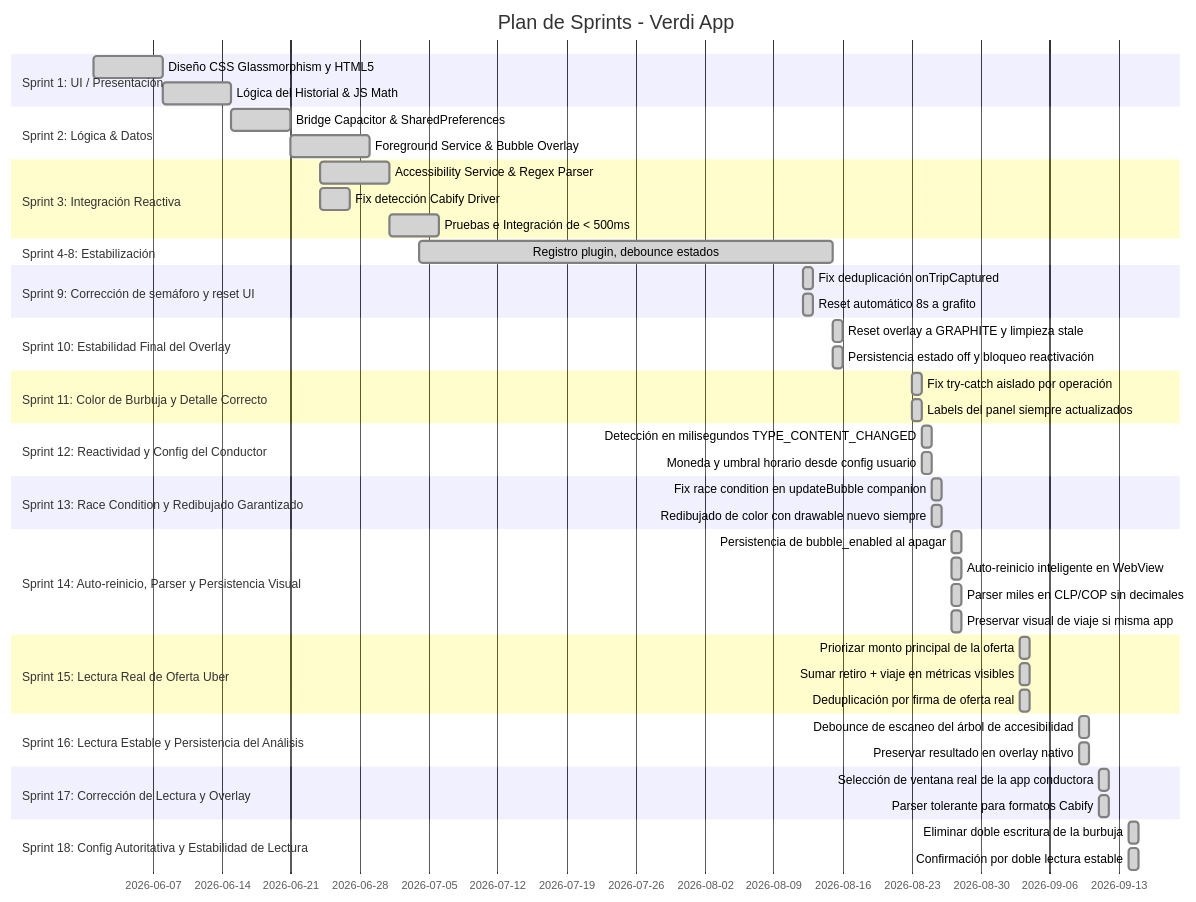
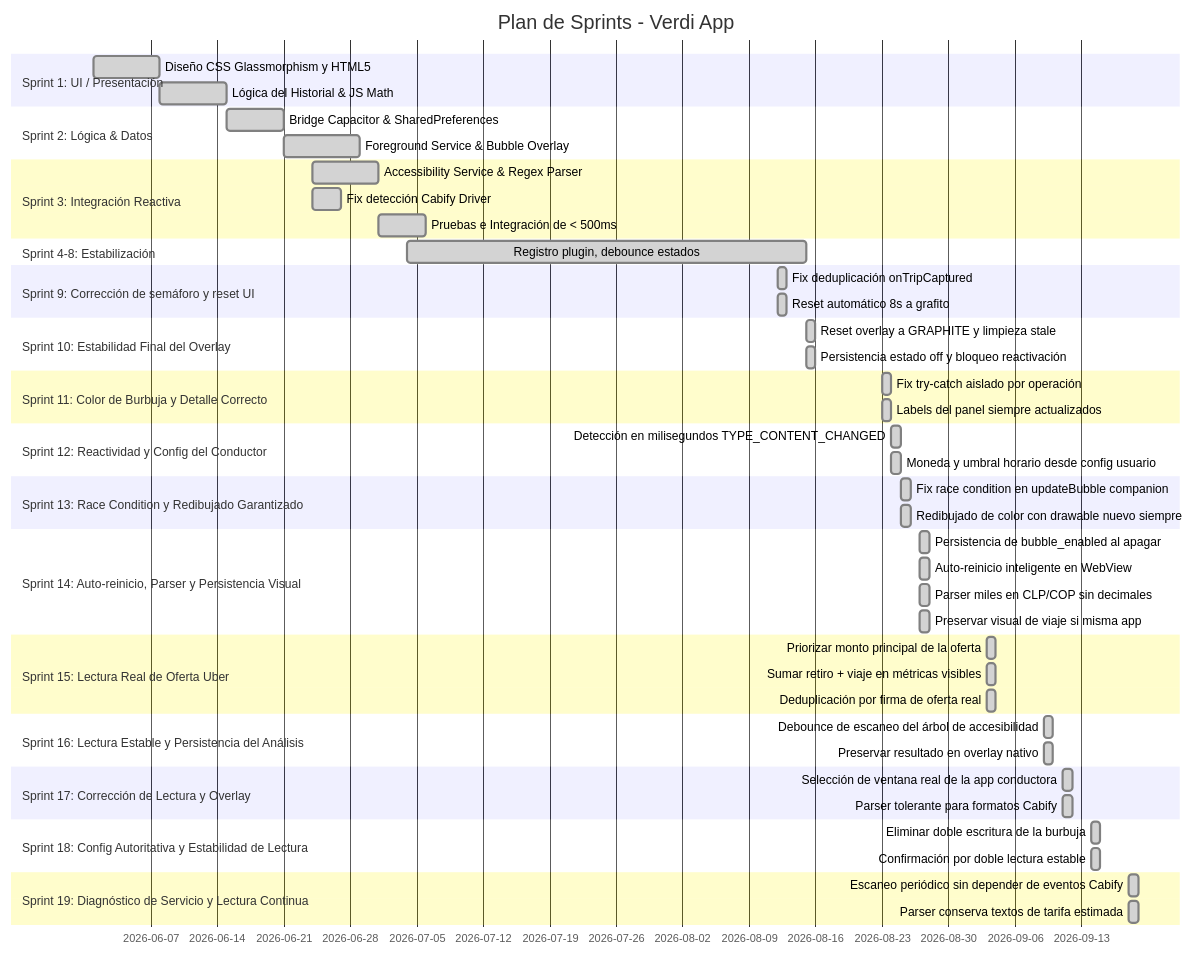
The second of 2 diagrams in README.md (JorgeFreire95/Verdi), drawn with Mermaid before and after one commit. The commit also changed other lines of this file and 1 other file, not shown here.

````diff
--- a/README.md
+++ b/README.md
@@ -86,50 +102,53 @@
 ```mermaid
 gantt
     title Plan de Sprints - Verdi App
     dateFormat  YYYY-MM-DD
     section Sprint 1: UI / Presentación
     Diseño CSS Glassmorphism y HTML5    :done, s1, 2026-06-01, 7d
     Lógica del Historial & JS Math      :done, s2, after s1, 7d
     section Sprint 2: Lógica & Datos
     Bridge Capacitor & SharedPreferences :done, s3, 2026-06-15, 6d
     Foreground Service & Bubble Overlay  :done, s4, after s3, 8d
     section Sprint 3: Integración Reactiva
     Accessibility Service & Regex Parser :done, s5, 2026-06-24, 7d
     Fix detección Cabify Driver          :done, s6, 2026-06-24, 3d
     Pruebas e Integración de < 500ms     :done, s7, after s5, 5d
     section Sprint 4-8: Estabilización
     Registro plugin, debounce estados    :done, s8, 2026-07-04, 42d
     section Sprint 9: Corrección de semáforo y reset UI
     Fix deduplicación onTripCaptured     :done, s9, 2026-08-12, 1d
     Reset automático 8s a grafito        :done, s10, 2026-08-12, 1d
     section Sprint 10: Estabilidad Final del Overlay
     Reset overlay a GRAPHITE y limpieza stale :done, s11, 2026-08-15, 1d
     Persistencia estado off y bloqueo reactivación :done, s12, 2026-08-15, 1d
     section Sprint 11: Color de Burbuja y Detalle Correcto
     Fix try-catch aislado por operación     :done, s13, 2026-08-23, 1d
     Labels del panel siempre actualizados   :done, s14, 2026-08-23, 1d
     section Sprint 12: Reactividad y Config del Conductor
     Detección en milisegundos TYPE_CONTENT_CHANGED :done, s15, 2026-08-24, 1d
     Moneda y umbral horario desde config usuario   :done, s16, 2026-08-24, 1d
     section Sprint 13: Race Condition y Redibujado Garantizado
     Fix race condition en updateBubble companion   :done, s17, 2026-08-25, 1d
     Redibujado de color con drawable nuevo siempre :done, s18, 2026-08-25, 1d
     section Sprint 14: Auto-reinicio, Parser y Persistencia Visual
     Persistencia de bubble_enabled al apagar    :done, s19, 2026-08-27, 1d
     Auto-reinicio inteligente en WebView        :done, s20, 2026-08-27, 1d
     Parser miles en CLP/COP sin decimales       :done, s21, 2026-08-27, 1d
     Preservar visual de viaje si misma app      :done, s22, 2026-08-27, 1d
     section Sprint 15: Lectura Real de Oferta Uber
     Priorizar monto principal de la oferta      :done, s23, 2026-09-03, 1d
     Sumar retiro + viaje en métricas visibles   :done, s24, 2026-09-03, 1d
     Deduplicación por firma de oferta real      :done, s25, 2026-09-03, 1d
     section Sprint 16: Lectura Estable y Persistencia del Análisis
     Debounce de escaneo del árbol de accesibilidad :done, s26, 2026-09-09, 1d
     Preservar resultado en overlay nativo          :done, s27, 2026-09-09, 1d
     section Sprint 17: Corrección de Lectura y Overlay
     Selección de ventana real de la app conductora :done, s28, 2026-09-11, 1d
     Parser tolerante para formatos Cabify       :done, s29, 2026-09-11, 1d
     section Sprint 18: Config Autoritativa y Estabilidad de Lectura
     Eliminar doble escritura de la burbuja      :done, s30, 2026-09-14, 1d
     Confirmación por doble lectura estable      :done, s31, 2026-09-14, 1d
+    section Sprint 19: Diagnóstico de Servicio y Lectura Continua
+    Escaneo periódico sin depender de eventos Cabify :done, s32, 2026-09-18, 1d
+    Parser conserva textos de tarifa estimada    :done, s33, 2026-09-18, 1d
 ```
````
